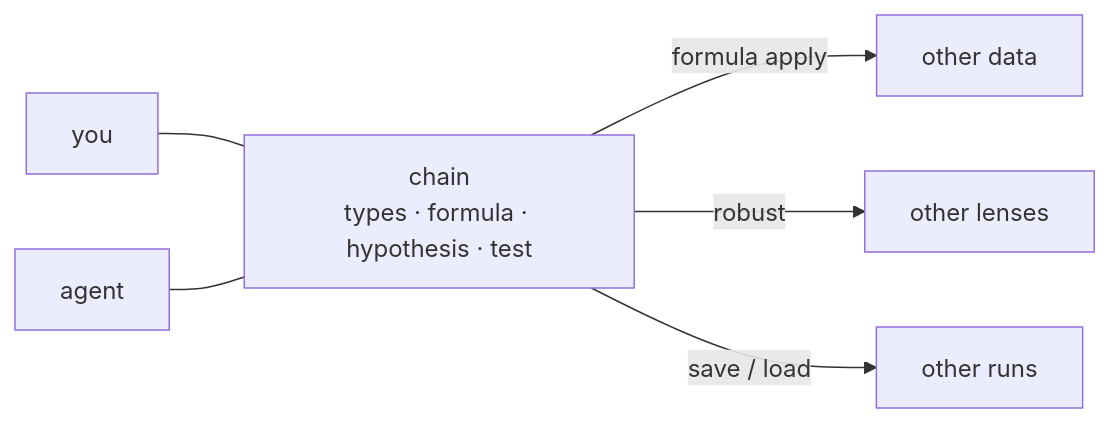
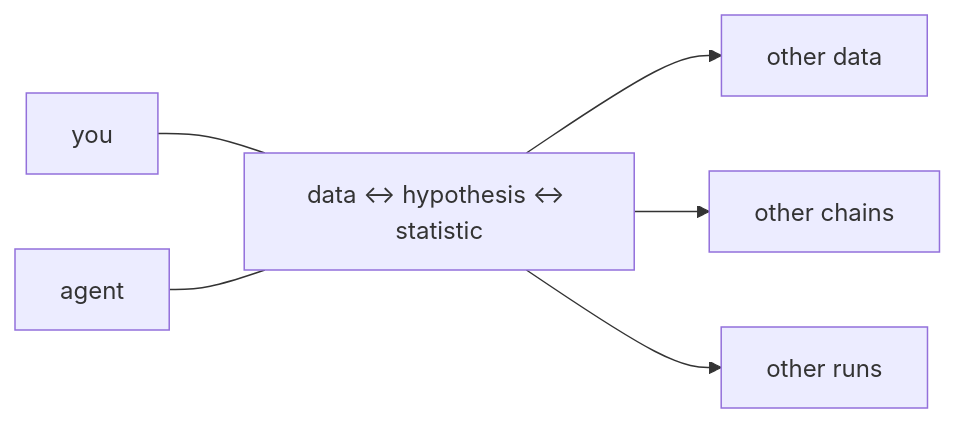
The third of 3 diagrams in README.md (WoobeenJeong/STATOP_public), drawn with Mermaid before and after one commit. The commit also changed other lines of this file and 3 other files, not shown here.

````diff
--- a/README.md
+++ b/README.md
@@ -180,9 +40,9 @@
 ```mermaid
 flowchart LR
-  C["chain<br/>types · formula · hypothesis · test"]
-  C -->|"formula apply"| D1["other data"]
-  C -->|"robust"| D2["other lenses"]
-  C -->|"save / load"| D3["other runs"]
+  C["data ↔ hypothesis ↔ statistic"]
+  C --> D1["other data"]
+  C --> D2["other chains"]
+  C --> D3["other runs"]
   U["you"] --- C
   A["agent"] --- C
 ```
````
